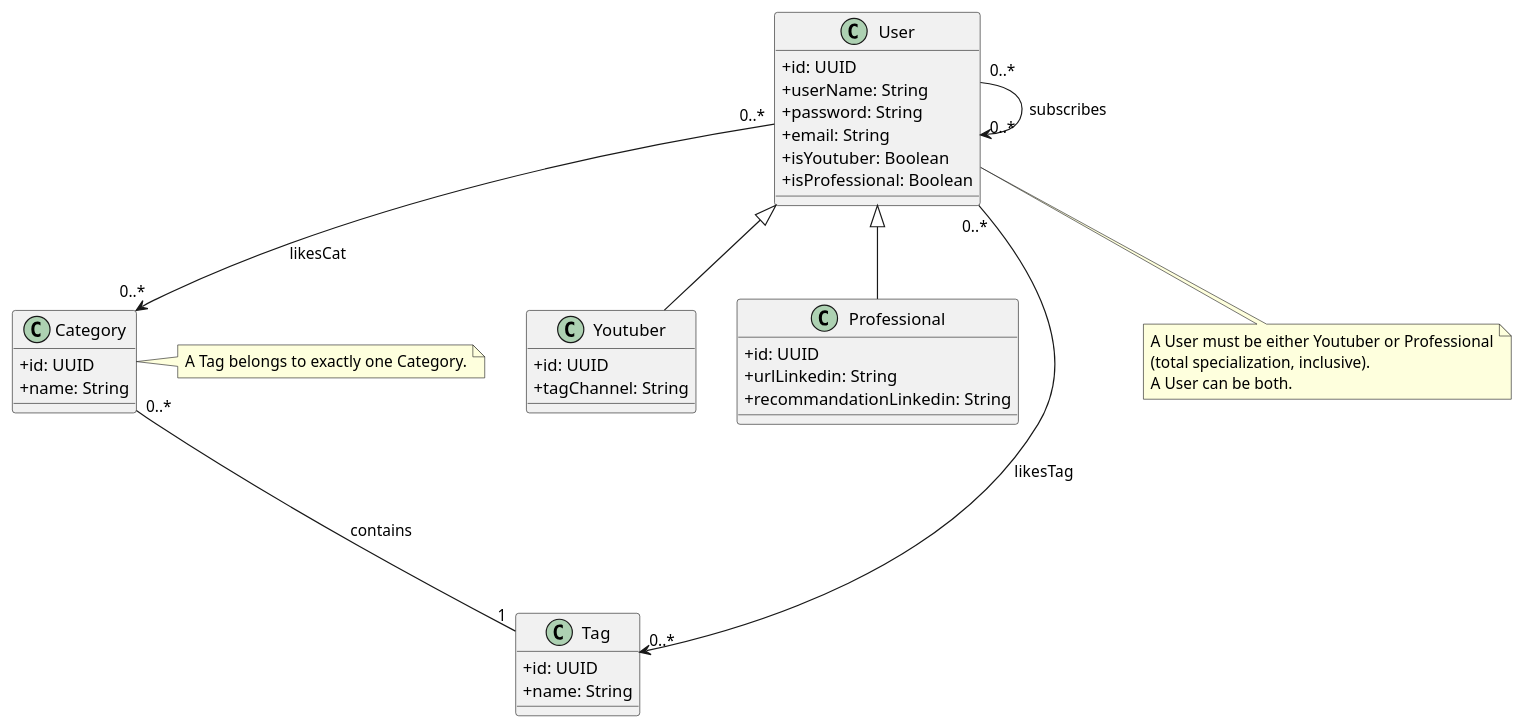
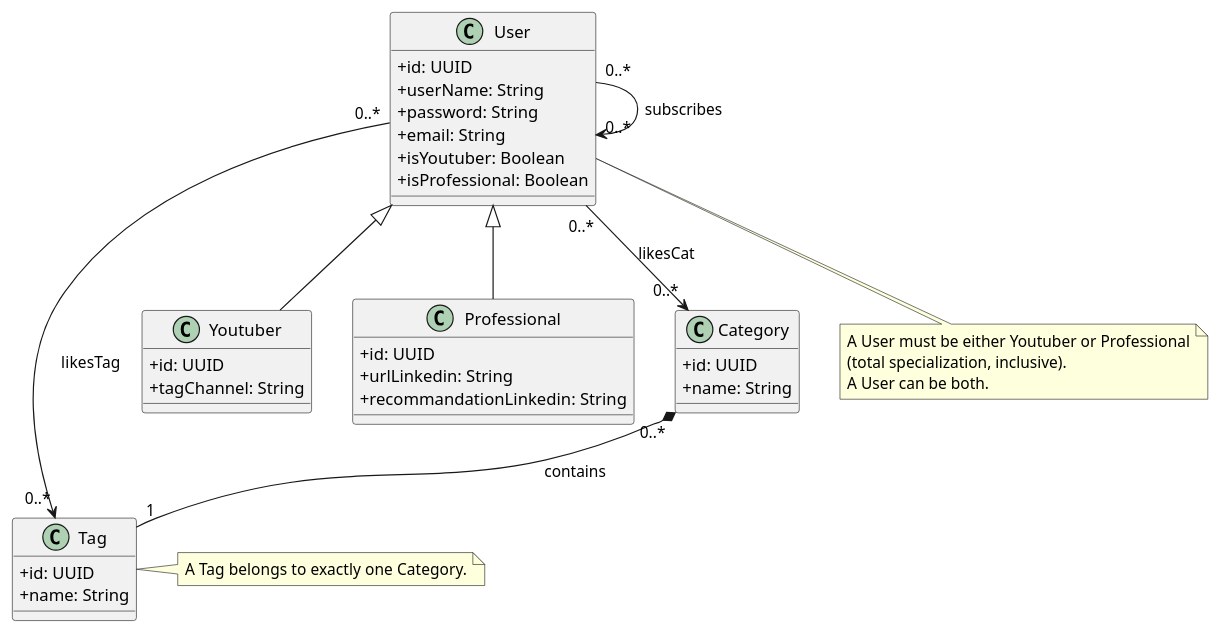
The diagram in docs/youlinkUML.plantuml (C-Alexis4414/Links-to-Experts-Back), drawn with PlantUML before and after one commit. The commit also changed 1 other file, not shown here.

Commit message:
docs: YL-99 Class diagram finalized & use cases added

```diff
--- a/docs/youlinkUML.plantuml
+++ b/docs/youlinkUML.plantuml
@@ -1,64 +1,64 @@
 @startuml Diagramme UML Youlink
 skinparam classAttributeIconSize 0
 
 ' ==== Classes principales ====
 class User {
   +id: UUID
   +userName: String
   +password: String
   +email: String
   +isYoutuber: Boolean
   +isProfessional: Boolean
 }
 
 class Youtuber {
   +id: UUID
   +tagChannel: String
 }
 
 class Professional {
   +id: UUID
   +urlLinkedin: String
   +recommandationLinkedin: String
 }
 
 class Category {
   +id: UUID
   +name: String
 }
 
 class Tag {
   +id: UUID
   +name: String
 }
 
 ' ==== Associations ====
 
 ' Subscription (user follows another user)
 User "0..*" --> "0..*" User : subscribes
 
 ' Likes on Category
 User "0..*" --> "0..*" Category : likesCat
 
 ' Likes on Tag
 User "0..*" --> "0..*" Tag : likesTag
 
 ' Category contains Tag
-Category "0..*" --- "1" Tag : contains
+Category "0..*" *-- "1" Tag : contains
 
 ' ==== Héritage ====
 User <|-- Youtuber
 User <|-- Professional
 
 ' ==== Notes ====
 note bottom of User
   A User must be either Youtuber or Professional
   (total specialization, inclusive).
   A User can be both.
 end note
 
-note right of Category
+note right of Tag
   A Tag belongs to exactly one Category.
 end note
 
 @enduml
```
